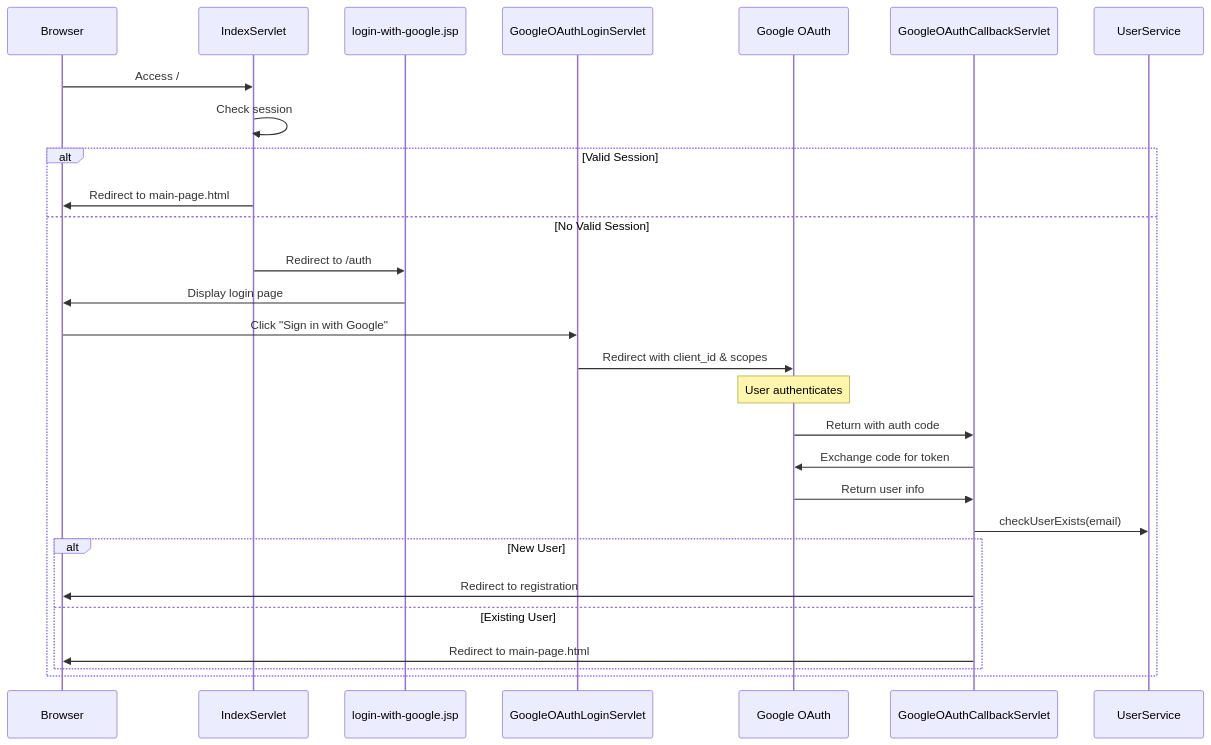
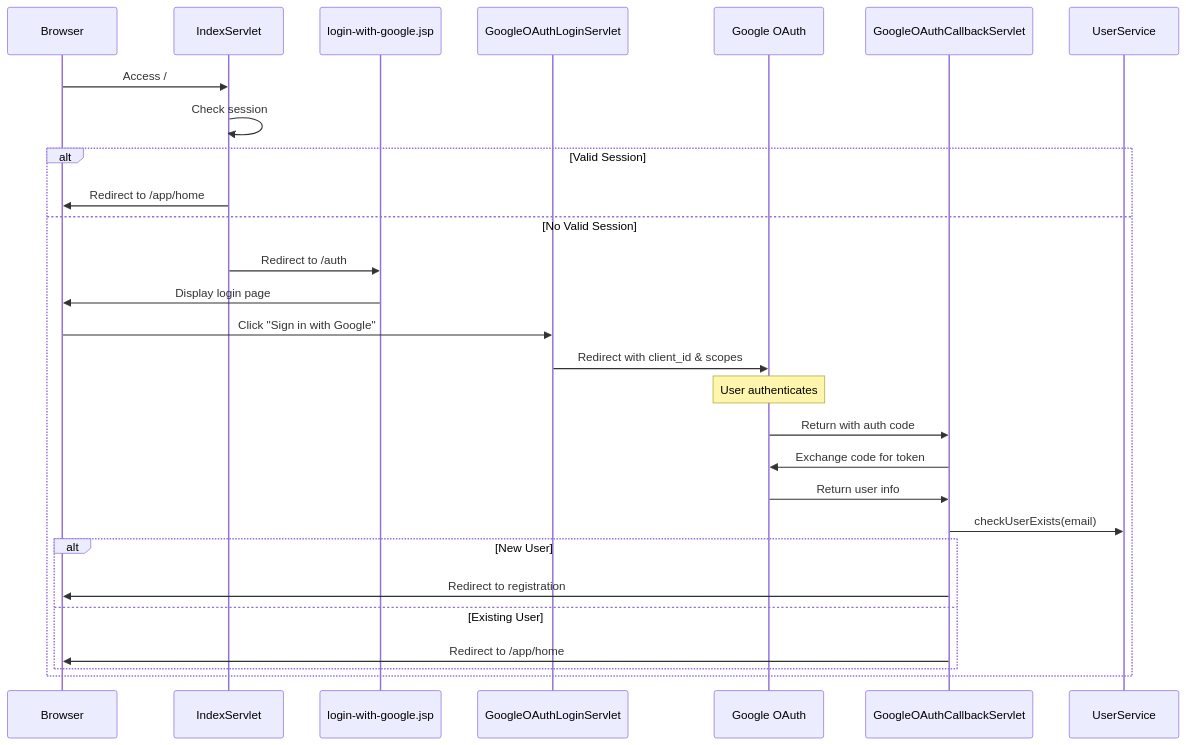
One commit to uripont/cheeper changed the first of 2 diagrams in docs/registering.md. Above: the diagram before and after it, drawn with Mermaid. The commit also changed 5 other files, not shown here.

````diff
--- a/docs/registering.md
+++ b/docs/registering.md
@@ -5,31 +5,31 @@
 ```mermaid
 sequenceDiagram
     participant B as Browser
     participant IS as IndexServlet
     participant LG as login-with-google.jsp
     participant GOLS as GoogleOAuthLoginServlet
     participant G as Google OAuth
     participant GOCS as GoogleOAuthCallbackServlet
     participant US as UserService
     
     B->>IS: Access /
     IS->>IS: Check session
     alt Valid Session
-        IS->>B: Redirect to main-page.html
+        IS->>B: Redirect to /app/home
     else No Valid Session
         IS->>LG: Redirect to /auth
         LG->>B: Display login page
         B->>GOLS: Click "Sign in with Google"
         GOLS->>G: Redirect with client_id & scopes
         Note over G: User authenticates
         G->>GOCS: Return with auth code
         GOCS->>G: Exchange code for token
         G->>GOCS: Return user info
         GOCS->>US: checkUserExists(email)
         alt New User
             GOCS->>B: Redirect to registration
         else Existing User
-            GOCS->>B: Redirect to main-page.html
+            GOCS->>B: Redirect to /app/home
         end
     end
 ```
````
